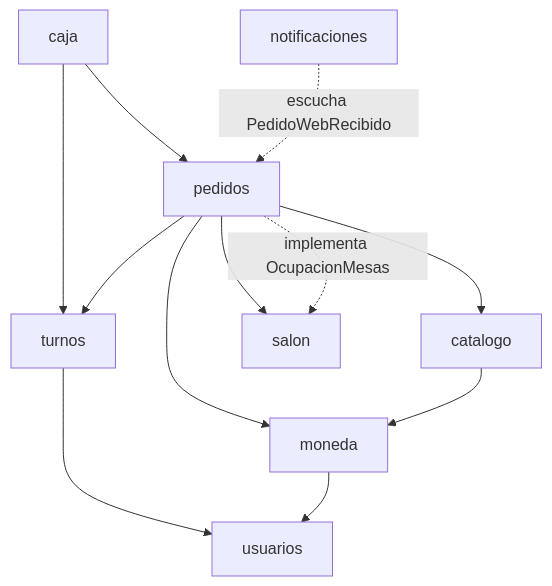
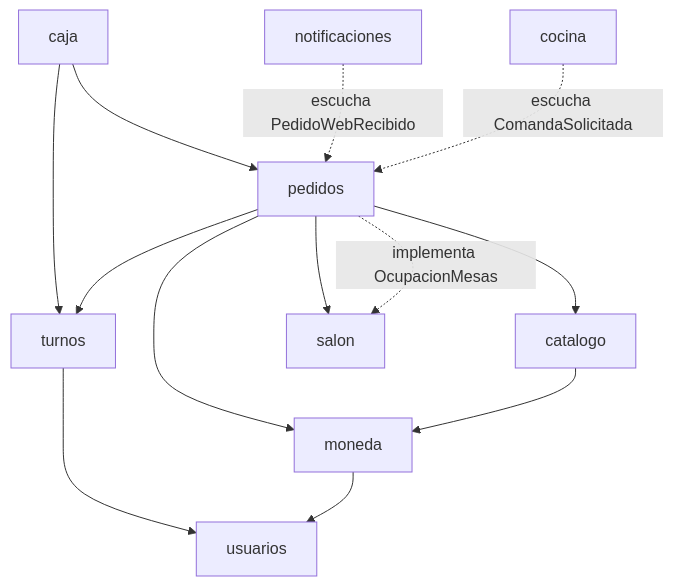
Before and after one commit to XxCarlos741xX/OcumareFoodHot_V2: the diagram in docs/arquitectura.md, drawn with Mermaid. The commit also changed other lines of this file and 55 other files, not shown here.

First line of the commit message:
Rol cajero, comandas de cocina e impresoras, bitácora de pedidos

````diff
--- a/docs/arquitectura.md
+++ b/docs/arquitectura.md
@@ -29,14 +30,15 @@
 ```mermaid
 flowchart TD
     caja --> pedidos
     caja --> turnos
     notificaciones -. escucha PedidoWebRecibido .-> pedidos
+    cocina -. escucha ComandaSolicitada .-> pedidos
     pedidos --> catalogo
     pedidos --> salon
     pedidos --> turnos
     pedidos --> moneda
     catalogo --> moneda
     turnos --> usuarios
     moneda --> usuarios
     pedidos -. implementa OcupacionMesas .-> salon
 ```
````
